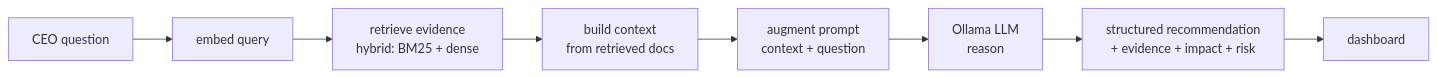
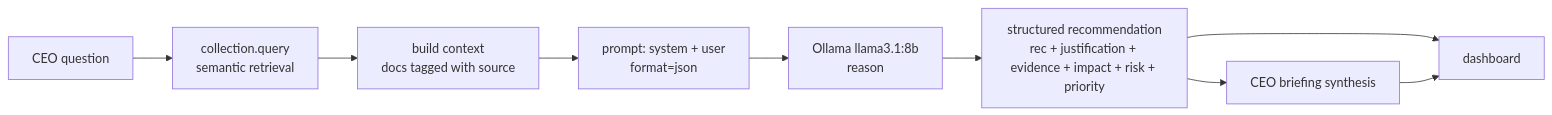
One commit to Nihalpujari/ML_Practice changed the second of 2 diagrams in NLP/NLP Exam/AI CEO Strategic Intelligence Agent/README.md. Above: the diagram before and after it, drawn with Mermaid. The commit also changed other lines of this file, not shown here.

````diff
--- a/NLP/NLP Exam/AI CEO Strategic Intelligence Agent/README.md
+++ b/NLP/NLP Exam/AI CEO Strategic Intelligence Agent/README.md
@@ -115,10 +121,11 @@
 ```mermaid
 flowchart LR
-    Q[CEO question] --> EMB[embed query]
-    EMB --> RETR[retrieve evidence<br/>hybrid: BM25 + dense]
-    RETR --> CTX[build context<br/>from retrieved docs]
-    CTX --> PROMPT[augment prompt<br/>context + question]
-    PROMPT --> LLM[Ollama LLM<br/>reason]
-    LLM --> OUT[structured recommendation<br/>+ evidence + impact + risk]
+    Q[CEO question] --> SEM[collection.query<br/>semantic retrieval]
+    SEM --> CTX[build context<br/>docs tagged with source]
+    CTX --> PROMPT[prompt: system + user<br/>format=json]
+    PROMPT --> LLM[Ollama llama3.1:8b<br/>reason]
+    LLM --> OUT[structured recommendation<br/>rec + justification + evidence + impact + risk + priority]
+    OUT --> BRIEF[CEO briefing synthesis]
     OUT --> UI[dashboard]
+    BRIEF --> UI
 ```
````
